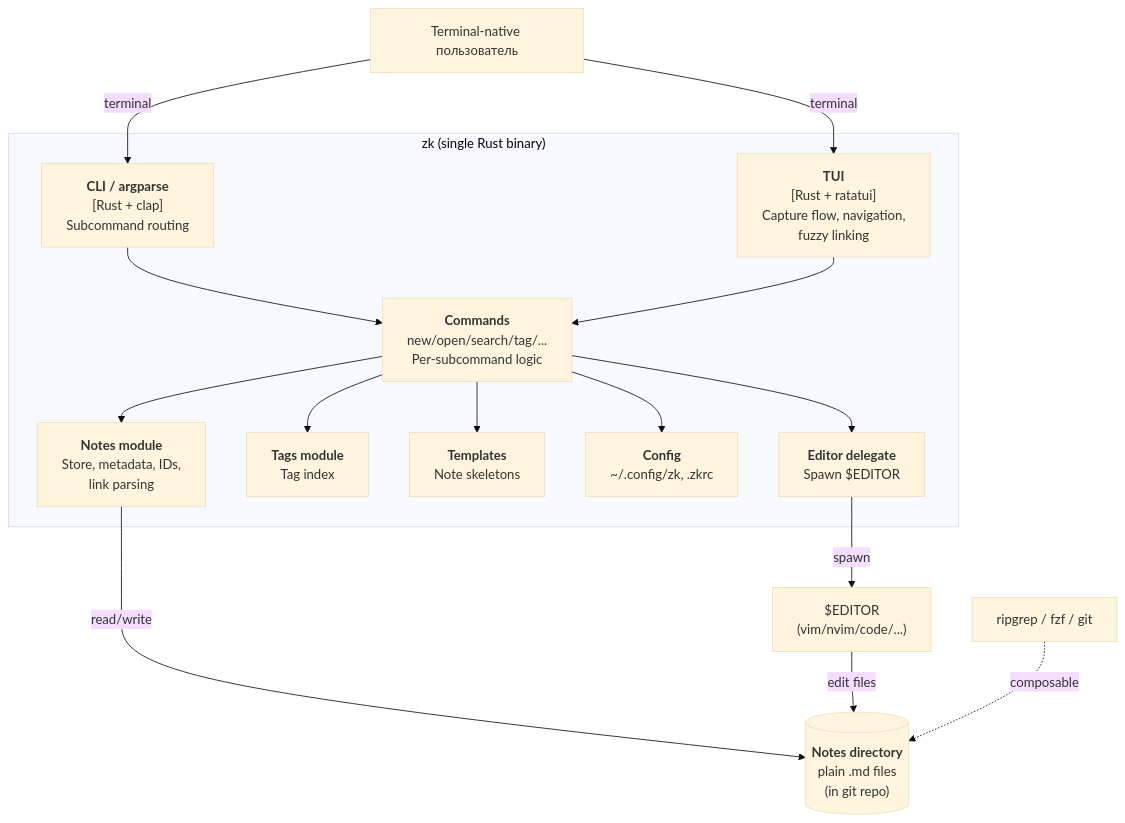
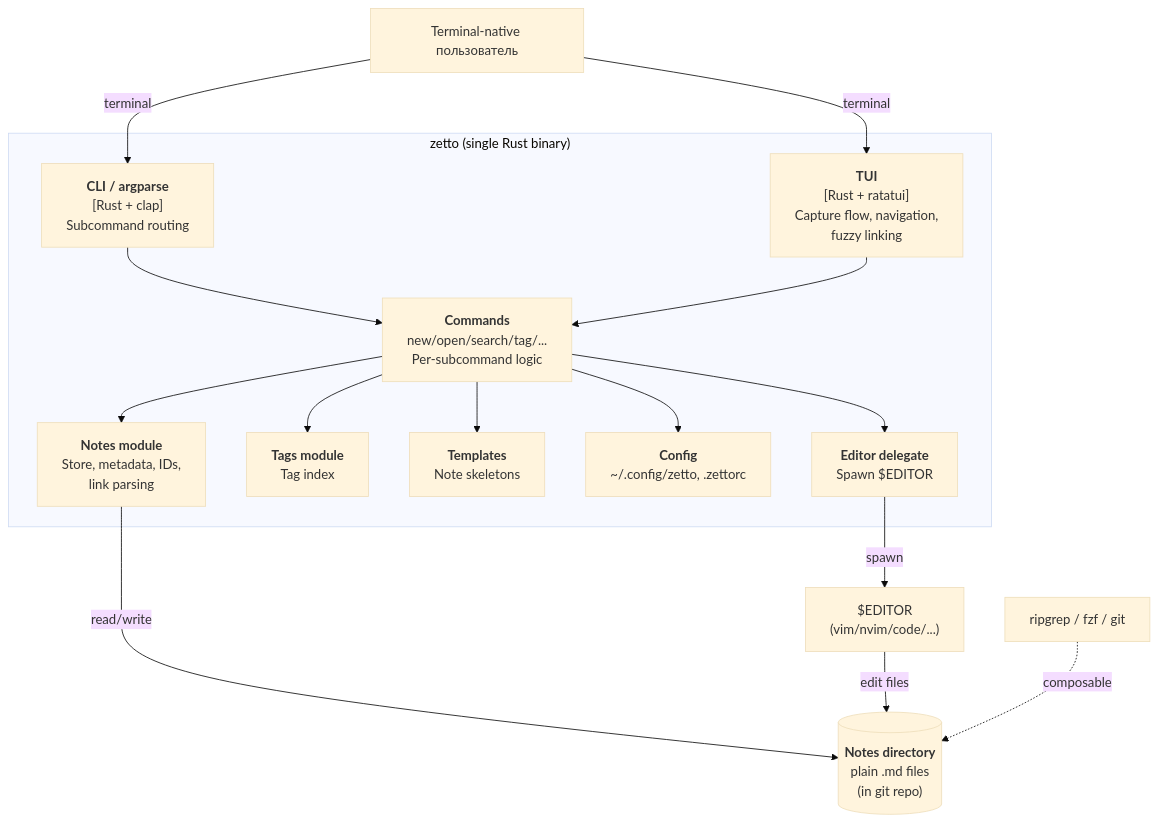
The diagram in ARCHITECTURE.md (IgorKramar/zk), drawn with Mermaid (base theme) before and after one commit. The commit also changed other lines of this file and 5 other files, not shown here.

````diff
--- a/ARCHITECTURE.md
+++ b/ARCHITECTURE.md
@@ -55,33 +57,33 @@
 ```mermaid
 graph TB
     User["Terminal-native пользователь"]
 
-    subgraph zk["zk (single Rust binary)"]
+    subgraph zetto["zetto (single Rust binary)"]
         CLI["<b>CLI / argparse</b><br/>[Rust + clap]<br/>Subcommand routing"]
         TUI["<b>TUI</b><br/>[Rust + ratatui]<br/>Capture flow, navigation,<br/>fuzzy linking"]
         Commands["<b>Commands</b><br/>new/open/search/tag/...<br/>Per-subcommand logic"]
         Notes["<b>Notes module</b><br/>Store, metadata, IDs,<br/>link parsing"]
         Tags["<b>Tags module</b><br/>Tag index"]
         Templates["<b>Templates</b><br/>Note skeletons"]
-        Config["<b>Config</b><br/>~/.config/zk, .zkrc"]
+        Config["<b>Config</b><br/>~/.config/zetto, .zettorc"]
         Editor["<b>Editor delegate</b><br/>Spawn $EDITOR"]
     end
 
     Notes_dir[("<b>Notes directory</b><br/>plain .md files<br/>(in git repo)")]
     External_editor["$EDITOR<br/>(vim/nvim/code/...)"]
     External_tools["ripgrep / fzf / git"]
 
     User -->|terminal| CLI
     User -->|terminal| TUI
     CLI --> Commands
     TUI --> Commands
     Commands --> Notes
     Commands --> Tags
     Commands --> Templates
     Commands --> Editor
     Commands --> Config
     Notes -->|read/write| Notes_dir
     Editor -->|spawn| External_editor
     External_editor -->|edit files| Notes_dir
     External_tools -.->|composable| Notes_dir
 ```
````
